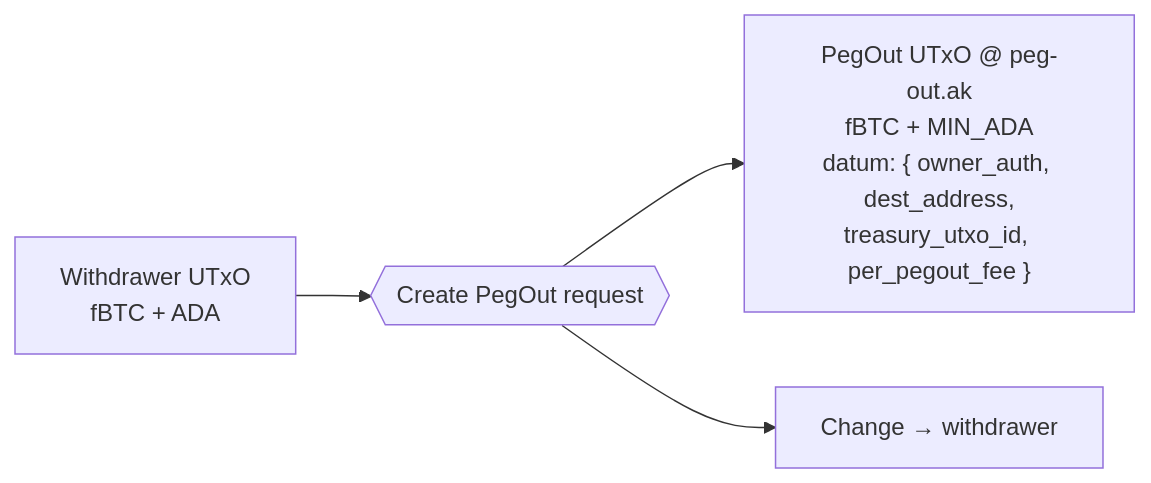
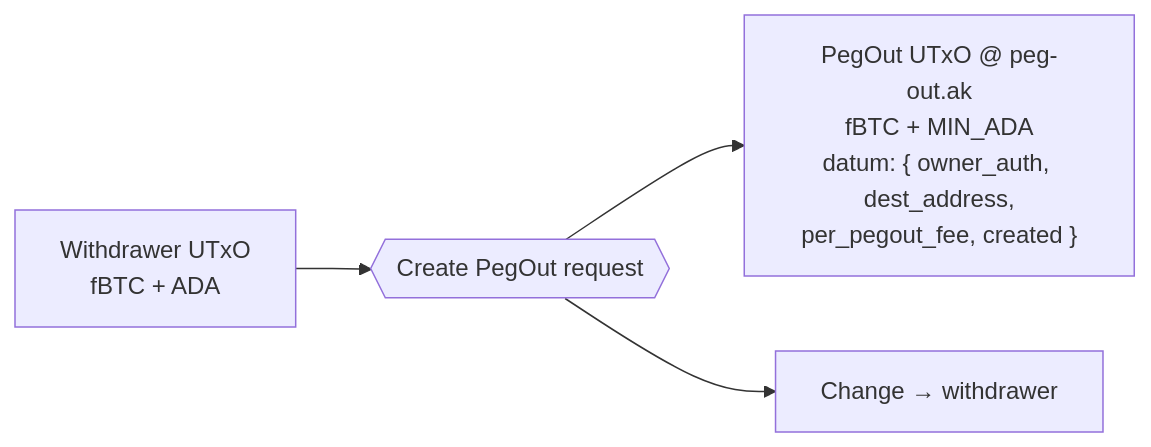
One commit to rssh/ft-bifrost-bridge changed diagram 11 of 20 in documentation/technical_documentation.md. Above: the diagram before and after it, drawn with Mermaid. The commit also changed other lines of this file and 1 other file, not shown here.

````diff
--- a/documentation/technical_documentation.md
+++ b/documentation/technical_documentation.md
@@ -1614,6 +1679,6 @@
 ```mermaid
 flowchart LR
   wdraw["Withdrawer UTxO<br/>fBTC + ADA"] --> tx{{"Create PegOut request"}}
-  tx --> pout["PegOut UTxO @ peg-out.ak<br/>fBTC + MIN_ADA<br/>datum: { owner_auth, dest_address,<br/>treasury_utxo_id, per_pegout_fee }"]
+  tx --> pout["PegOut UTxO @ peg-out.ak<br/>fBTC + MIN_ADA<br/>datum: { owner_auth, dest_address,<br/>per_pegout_fee, created }"]
   tx --> change["Change → withdrawer"]
 ```
````
